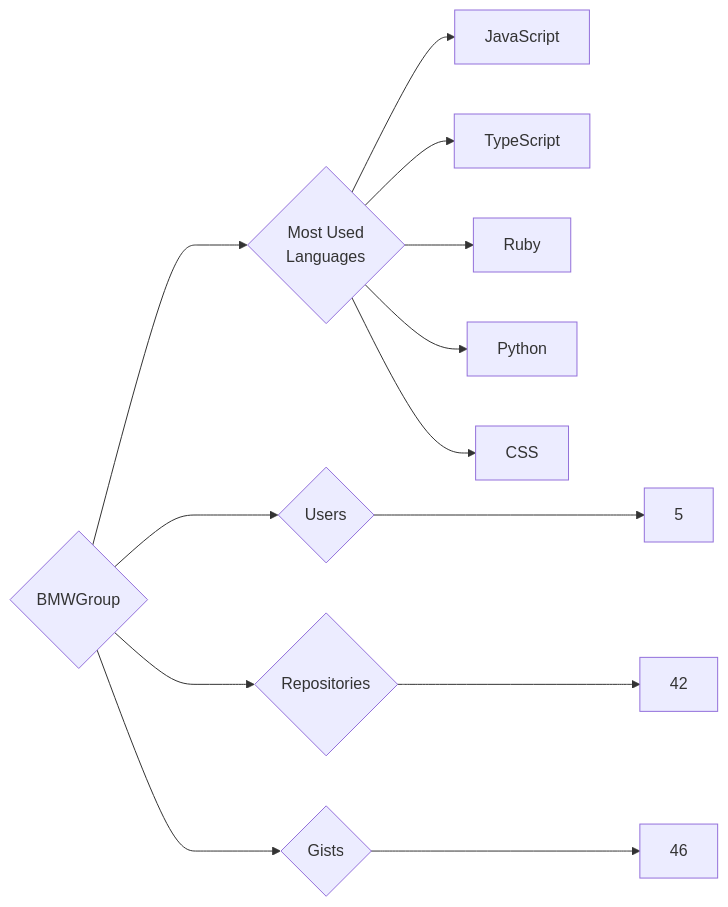
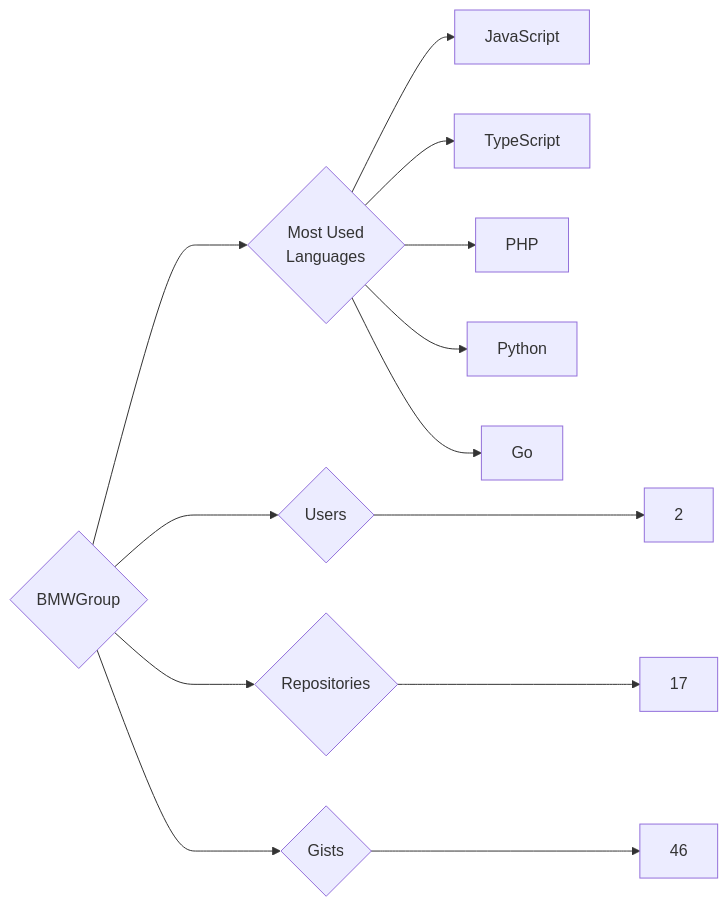
Before and after one commit to trickest/insiders: the diagram in targets/BMWGroup/README.md, drawn with Mermaid. The commit also changed 1003 other files, not shown here.

````diff
--- a/targets/BMWGroup/README.md
+++ b/targets/BMWGroup/README.md
@@ -3,13 +3,13 @@
 ```mermaid
 graph LR
 COMPANY_NAME{BMWGroup}
-COMPANY_NAME ---> U{Users} ---> UN[5]
-COMPANY_NAME ---> R{Repositories} ---> RN[42]
+COMPANY_NAME ---> U{Users} ---> UN[2]
+COMPANY_NAME ---> R{Repositories} ---> RN[17]
 COMPANY_NAME ---> G{Gists} ---> GN[46]
 COMPANY_NAME ---> ML{Most Used<br>Languages}
 ML --> JavaScript[JavaScript]
 ML --> TypeScript[TypeScript]
-ML --> Ruby[Ruby]
+ML --> PHP[PHP]
 ML --> Python[Python]
-ML --> CSS[CSS]
+ML --> Go[Go]
 ```
````
